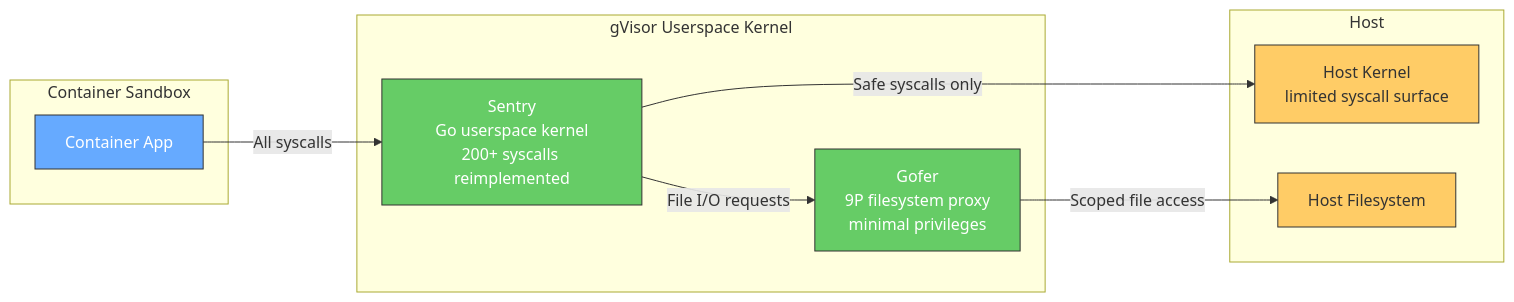
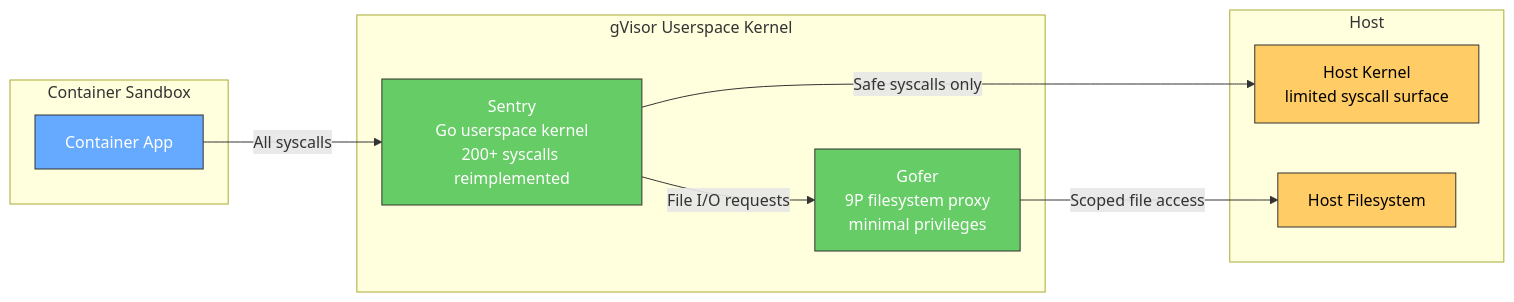
One commit to williamzujkowski/williamzujkowski.github.io changed the second of 5 diagrams in src/posts/2024-09-25-gvisor-container-sandboxing-security.md. Above: the diagram before and after it, drawn with Mermaid. The commit also changed other lines of this file and 40 other files, not shown here.

First line of the commit message:
fix(blog): add explicit text color to all mermaid classDef/style (#171)

````diff
--- a/src/posts/2024-09-25-gvisor-container-sandboxing-security.md
+++ b/src/posts/2024-09-25-gvisor-container-sandboxing-security.md
@@ -100,27 +100,27 @@
 ```mermaid
 graph LR
     subgraph "Container Sandbox"
         APP[Container App]
     end
 
     subgraph "gVisor Userspace Kernel"
         SENTRY[Sentry<br/>Go userspace kernel<br/>200+ syscalls reimplemented]
         GOFER[Gofer<br/>9P filesystem proxy<br/>minimal privileges]
     end
 
     subgraph "Host"
         HK[Host Kernel<br/>limited syscall surface]
         FS[Host Filesystem]
     end
 
     APP -- "All syscalls" --> SENTRY
     SENTRY -- "Safe syscalls only" --> HK
     SENTRY -- "File I/O requests" --> GOFER
     GOFER -- "Scoped file access" --> FS
 
     style APP fill:#6af,stroke:#333,color:#fff
     style SENTRY fill:#6c6,stroke:#333,color:#fff
     style GOFER fill:#6c6,stroke:#333,color:#fff
-    style HK fill:#fc6,stroke:#333
-    style FS fill:#fc6,stroke:#333
+    style HK fill:#fc6,color:#000,stroke:#333
+    style FS fill:#fc6,color:#000,stroke:#333
 ```
````
